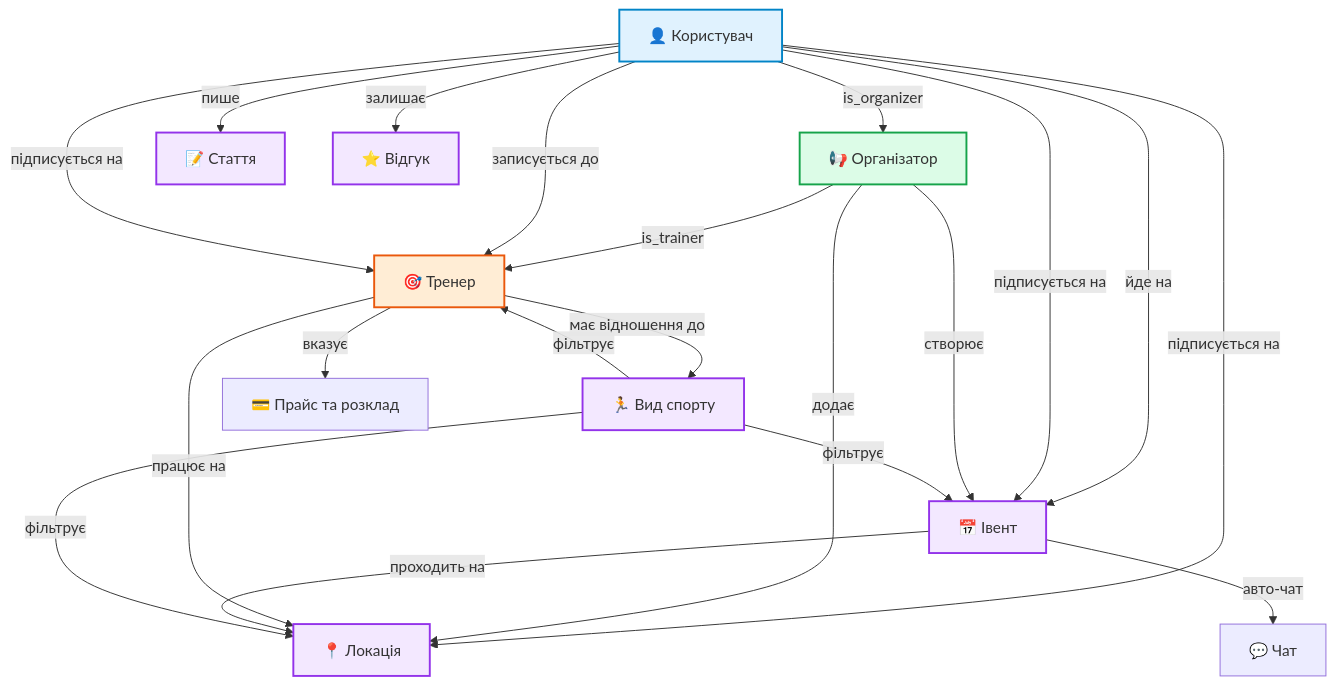
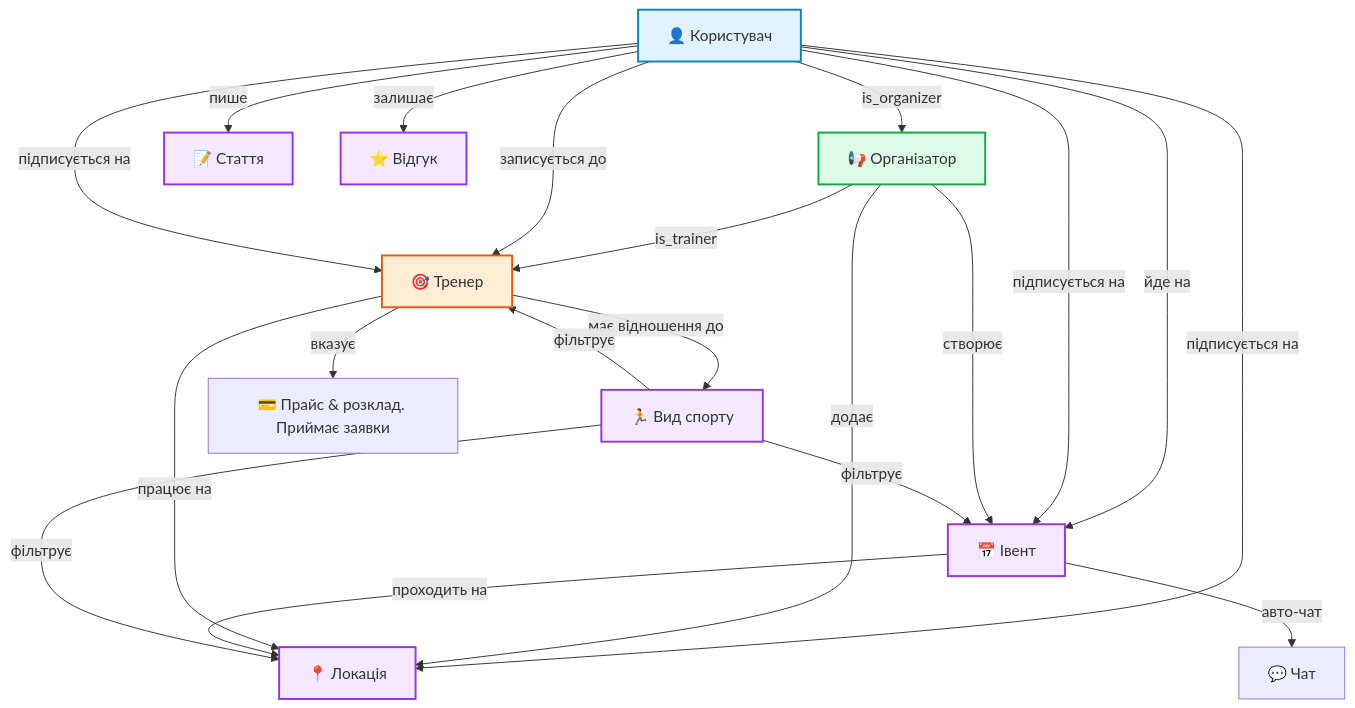
Before and after one commit to lingarmlana/na-sporti-documents: the diagram in README.md, drawn with Mermaid.

````diff
--- a/README.md
+++ b/README.md
@@ -3,31 +3,31 @@
 ```mermaid
 graph TD
     classDef base fill:#e0f2fe,stroke:#0284c7,stroke-width:2px;
     classDef org fill:#dcfce7,stroke:#16a34a,stroke-width:2px;
     classDef trainer fill:#ffedd5,stroke:#ea580c,stroke-width:2px;
     classDef content fill:#f3e8ff,stroke:#9333ea,stroke-width:2px;
 
     U[👤 Користувач]:::base -->|is_organizer| O[📢 Організатор]:::org
     O -->|is_trainer| T[🎯 Тренер]:::trainer
 
     U -->|пише| A[📝 Стаття]:::content
     U -->|залишає| R[⭐ Відгук]:::content
     U -->|йде на| E[📅 Івент]:::content
     U -->|записується до| T
     U -->|підписується на| T
     U -->|підписується на| E
     U -->|підписується на| L
 
     O -->|створює| E
     O -->|додає| L[📍 Локація]:::content
 
     T -->|має відношення до| S[🏃 Вид спорту]:::content
-    T -->|вказує| P[💳 Прайс та розклад]
+    T -->|вказує| P[💳 Прайс & розклад. Приймає заявки]
     T -->|працює на| L
 
     E -->|проходить на| L
     E -->|авто-чат| C[💬 Чат]
     S -->|фільтрує| E
     S -->|фільтрує| L
     S -->|фільтрує| T
 ```
````
